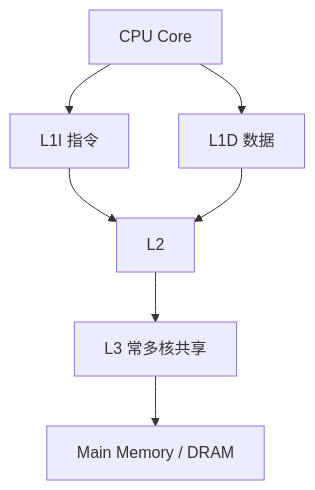
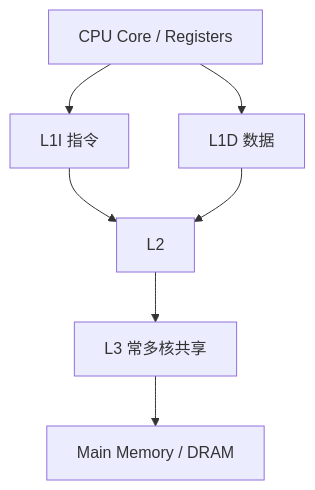
The fourth of 7 diagrams in 20-architecture/26-cpu-memory-access-treatise.md (xiaxinyu/knowledge_base), drawn with Mermaid before and after one commit. The commit also changed other lines of this file and 1 other file, not shown here.

````diff
--- a/20-architecture/26-cpu-memory-access-treatise.md
+++ b/20-architecture/26-cpu-memory-access-treatise.md
@@ -297,15 +321,15 @@
 ```mermaid
 flowchart TB
-  Core[CPU Core]
+  Core[CPU Core / Registers]
   L1I[L1I 指令]
   L1D[L1D 数据]
   L2[L2]
   L3[L3 常多核共享]
   DRAM[Main Memory / DRAM]
   Core --> L1I
   Core --> L1D
   L1I --> L2
   L1D --> L2
   L2 --> L3
   L3 --> DRAM
 ```
````
